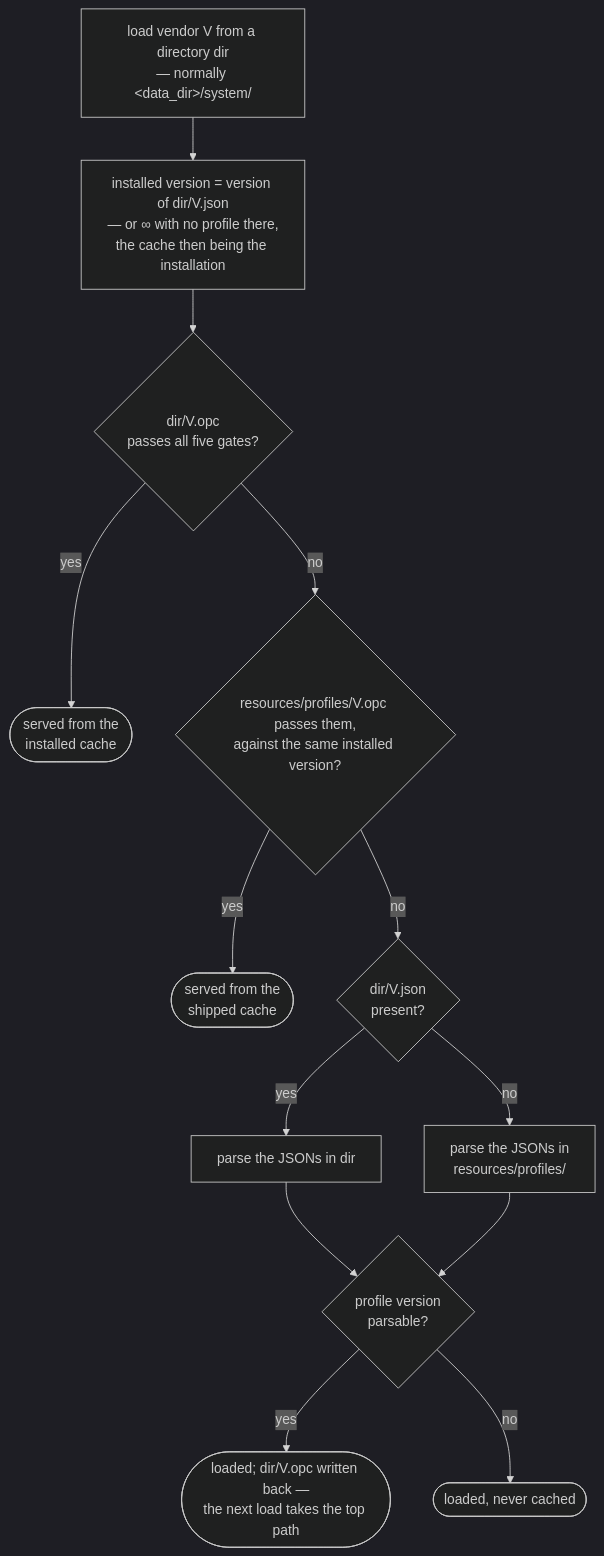
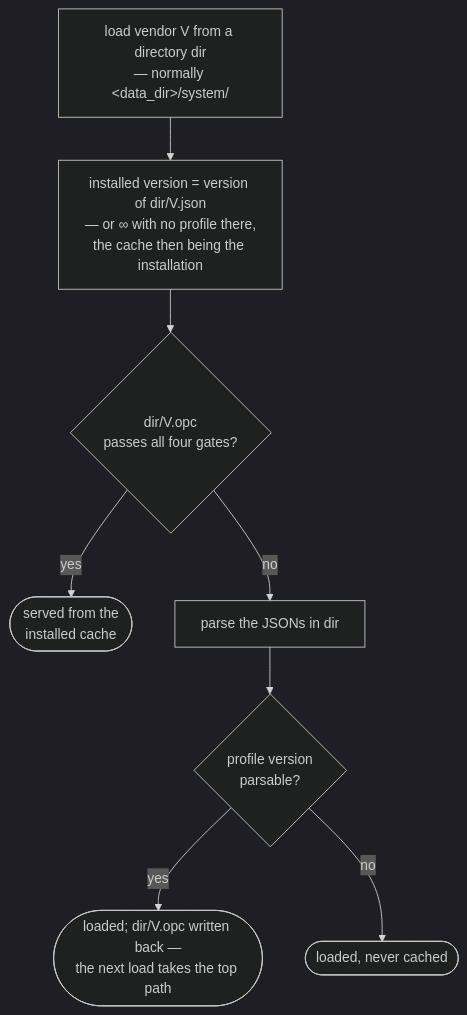
Before and after one commit to OrcaSlicer/OrcaSlicer: the second of 2 diagrams in docs/HLSD/preset-cache.md, drawn with Mermaid (dark theme). The commit also changed other lines of this file and 10 other files, not shown here.

````diff
--- a/docs/HLSD/preset-cache.md
+++ b/docs/HLSD/preset-cache.md
@@ -164,16 +190,11 @@
 ```mermaid
 flowchart TB
     start["load vendor V from a directory dir<br/>— normally &lt;data_dir&gt;/system/"]
     start --> stamp["installed version = version of dir/V.json<br/>— or ∞ with no profile there,<br/>the cache then being the installation"]
-    stamp --> g1{"dir/V.opc<br/>passes all five gates?"}
+    stamp --> g1{"dir/V.opc<br/>passes all four gates?"}
     g1 -- "yes" --> hit(["served from the<br/>installed cache"])
-    g1 -- "no" --> g2{"resources/profiles/V.opc passes them,<br/>against the same installed version?"}
-    g2 -- "yes" --> hit2(["served from the<br/>shipped cache"])
-    g2 -- "no" --> src{"dir/V.json<br/>present?"}
-    src -- "yes" --> pd["parse the JSONs in dir"]
-    src -- "no" --> pr["parse the JSONs in<br/>resources/profiles/"]
+    g1 -- "no" --> pd["parse the JSONs in dir"]
     pd --> ver{"profile version<br/>parsable?"}
-    pr --> ver
     ver -- "yes" --> save(["loaded; dir/V.opc written back —<br/>the next load takes the top path"])
     ver -- "no" --> raw(["loaded, never cached"])
 ```
````
